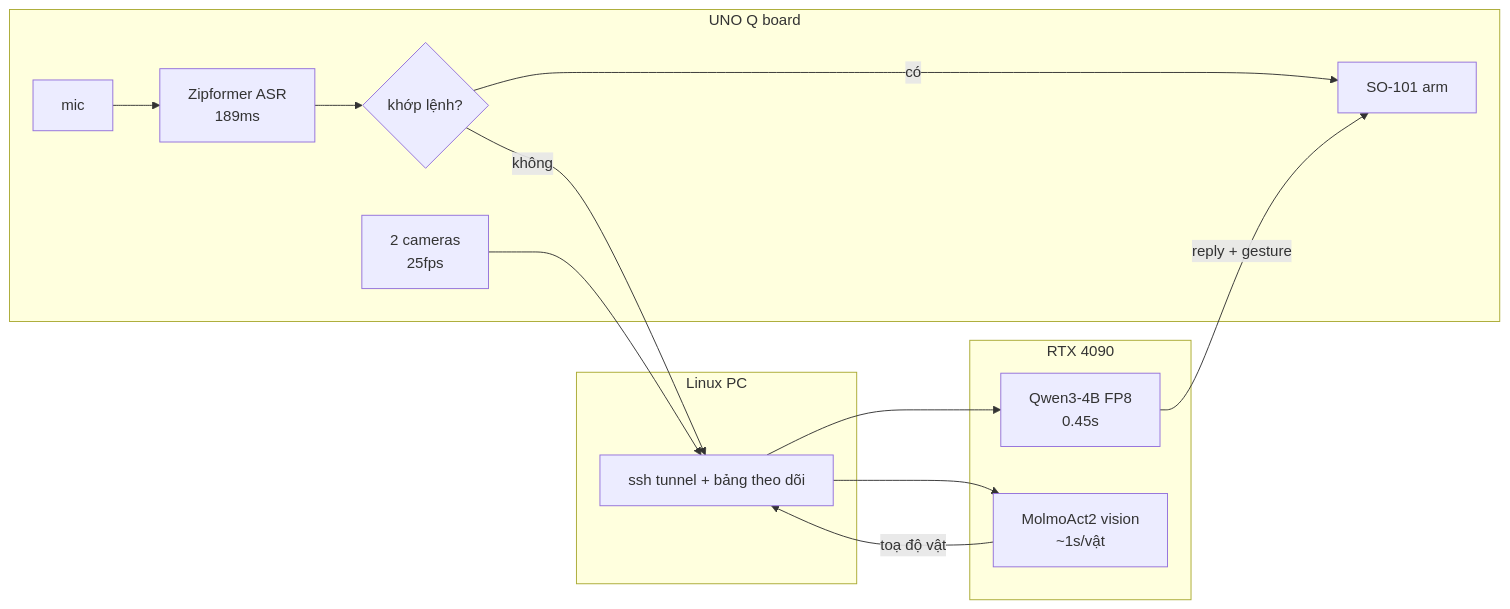
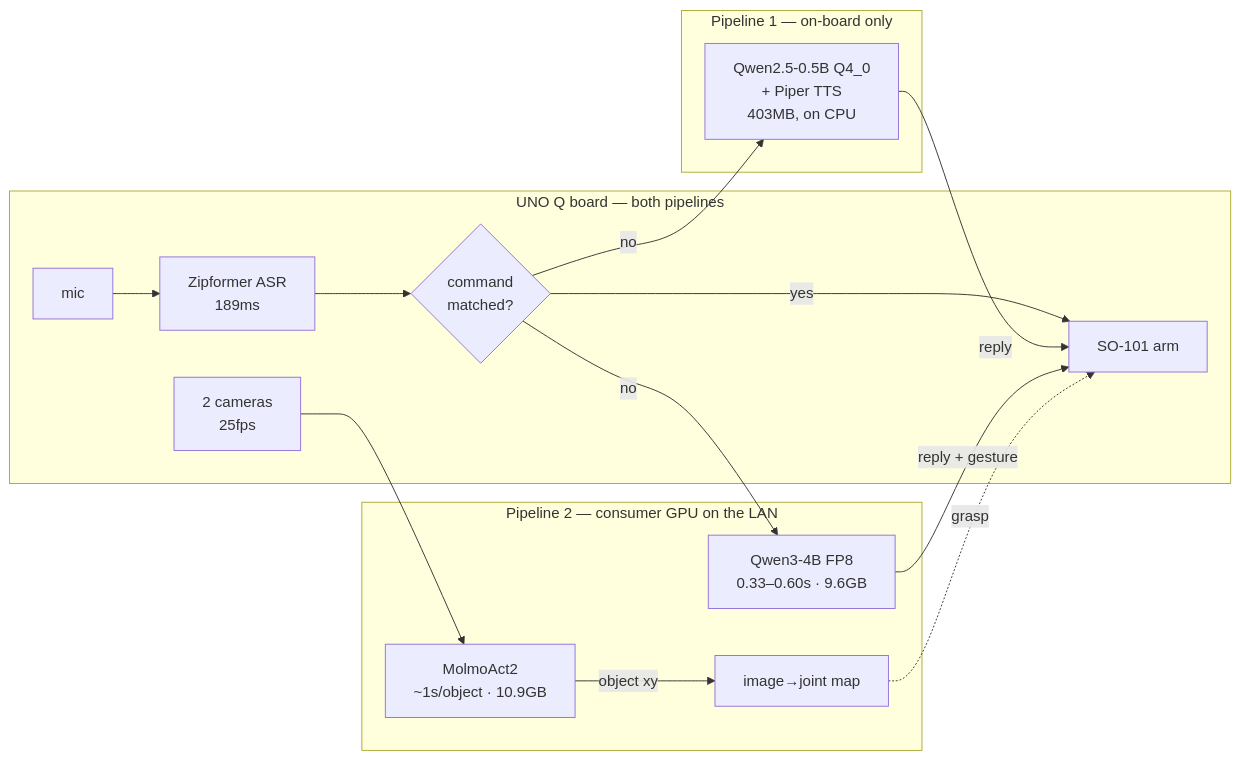
One commit to fountainhead-2207/Qualcom_Mira changed the diagram in README.md. Above: the diagram before and after it, drawn with Mermaid. The commit also changed other lines of this file, not shown here.

````diff
--- a/README.md
+++ b/README.md
@@ -85,18 +138,23 @@
 ```mermaid
 flowchart LR
-    subgraph BOARD["UNO Q board"]
+    subgraph BOARD["UNO Q board — both pipelines"]
         MIC["mic"] --> ASR["Zipformer ASR<br>189ms"]
-        ASR --> MATCH{"khớp lệnh?"}
-        MATCH -- "có" --> ARM["SO-101 arm"]
+        ASR --> MATCH{"command<br>matched?"}
+        MATCH -- "yes" --> ARM["SO-101 arm"]
         CAMS["2 cameras<br>25fps"]
     end
-    subgraph PC["Linux PC"]
-        BRIDGE["ssh tunnel + bảng theo dõi"]
+
+    subgraph P1["Pipeline 1 — on-board only"]
+        LOCAL["Qwen2.5-0.5B Q4_0<br>+ Piper TTS<br>403MB, on CPU"]
     end
-    subgraph SRV["RTX 4090"]
-        LLM["Qwen3-4B FP8<br>0.45s"]
-        VIS["MolmoAct2 vision<br>~1s/vật"]
+
+    subgraph P2["Pipeline 2 — consumer GPU on the LAN"]
+        LLM["Qwen3-4B FP8<br>0.33–0.60s · 9.6GB"]
+        VIS["MolmoAct2<br>~1s/object · 10.9GB"]
+        MAP["image→joint map"]
     end
-    MATCH -- "không" --> BRIDGE --> LLM -- "reply + gesture" --> ARM
-    CAMS --> BRIDGE --> VIS -- "toạ độ vật" --> BRIDGE
+
+    MATCH -- "no" --> LOCAL -- "reply" --> ARM
+    MATCH -- "no" --> LLM -- "reply + gesture" --> ARM
+    CAMS --> VIS -- "object xy" --> MAP -. "grasp" .-> ARM
 ```
````
